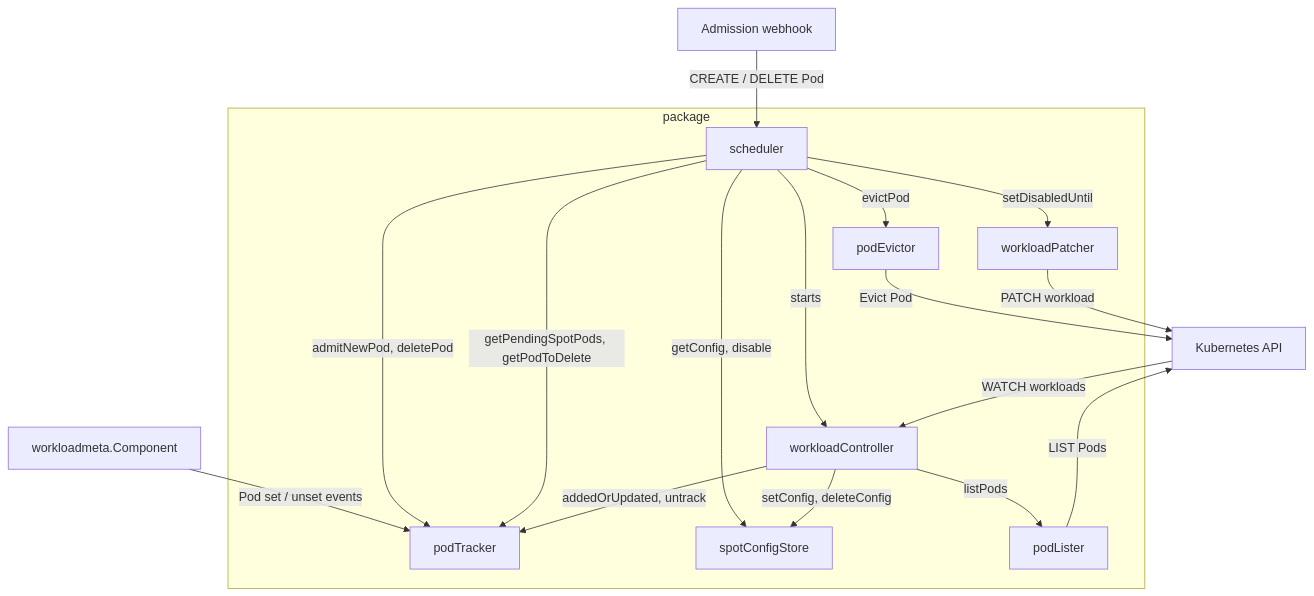
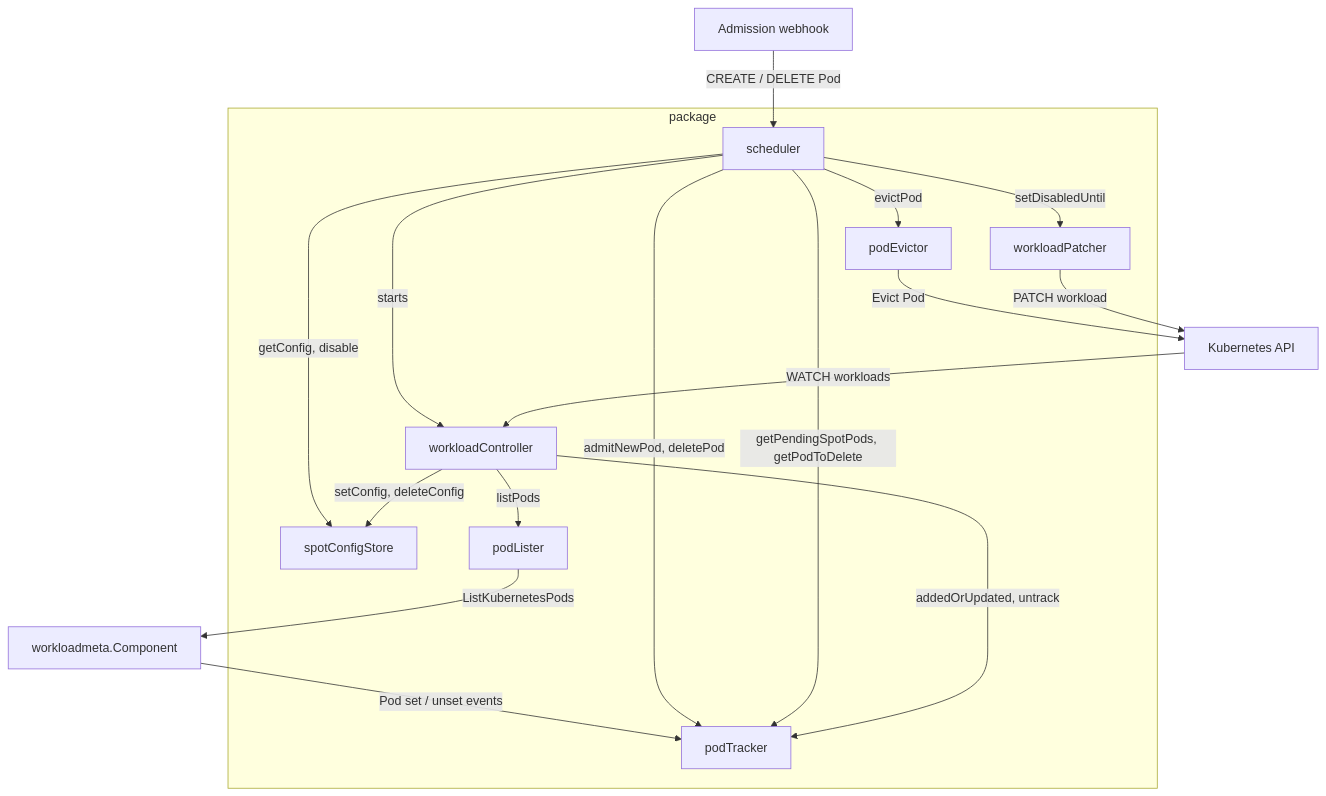
Before and after one commit to DataDog/datadog-agent: the diagram in pkg/clusteragent/autoscaling/cluster/spot/README.md, drawn with Mermaid. The commit also changed other lines of this file and 21 other files, not shown here.

````diff
--- a/pkg/clusteragent/autoscaling/cluster/spot/README.md
+++ b/pkg/clusteragent/autoscaling/cluster/spot/README.md
@@ -200,36 +201,36 @@
 ```mermaid
 graph TD
     Webhook["Admission webhook"]
     K8sAPI["Kubernetes API"]
     WLM["workloadmeta.Component"]
 
     subgraph package
         S["scheduler"]
         WC["workloadController"]
         PT["podTracker"]
         CS["spotConfigStore"]
         PL["podLister"]
         PE["podEvictor"]
         WP["workloadPatcher"]
     end
 
     Webhook -->|"CREATE / DELETE Pod"| S
     WLM -->|"Pod set / unset events"| PT
 
     S -->|"getConfig, disable"| CS
     S -->|"admitNewPod, deletePod"| PT
     S -->|"getPendingSpotPods, getPodToDelete"| PT
     S -->|"evictPod"| PE
     S -->|"setDisabledUntil"| WP
     S -->|"starts"| WC
 
     K8sAPI -->|"WATCH workloads"| WC
 
     WC -->|"setConfig, deleteConfig"| CS
     WC -->|"addedOrUpdated, untrack"| PT
     WC -->|"listPods"| PL
 
-    PL -->|"LIST Pods"| K8sAPI
+    PL -->|"ListKubernetesPods"| WLM
     PE -->|"Evict Pod"| K8sAPI
     WP -->|"PATCH workload"| K8sAPI
 ```
````
